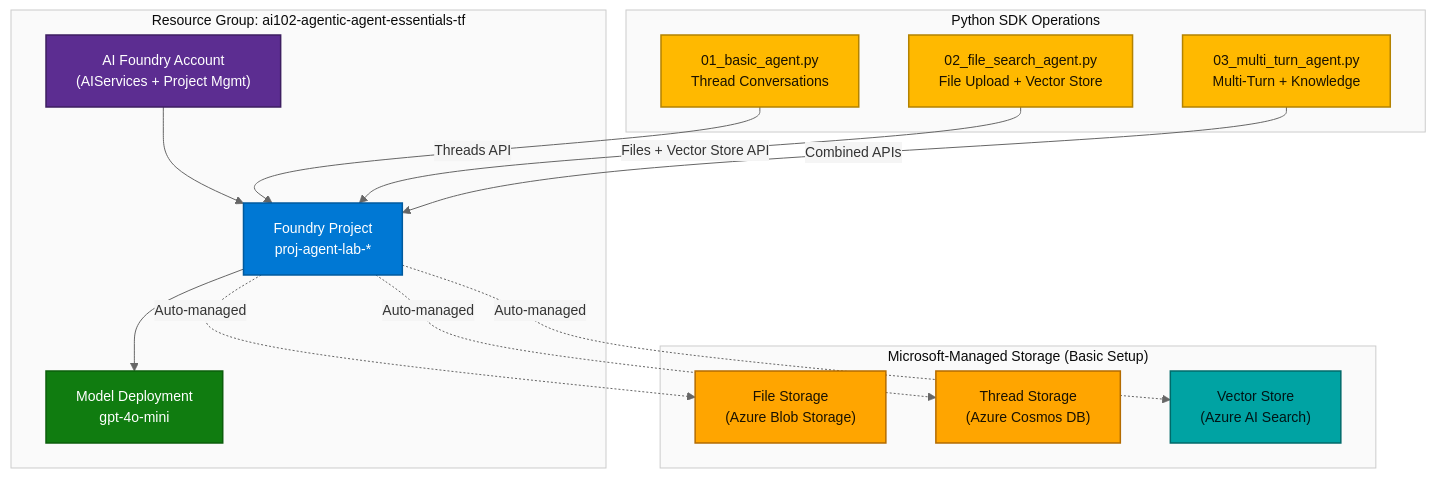
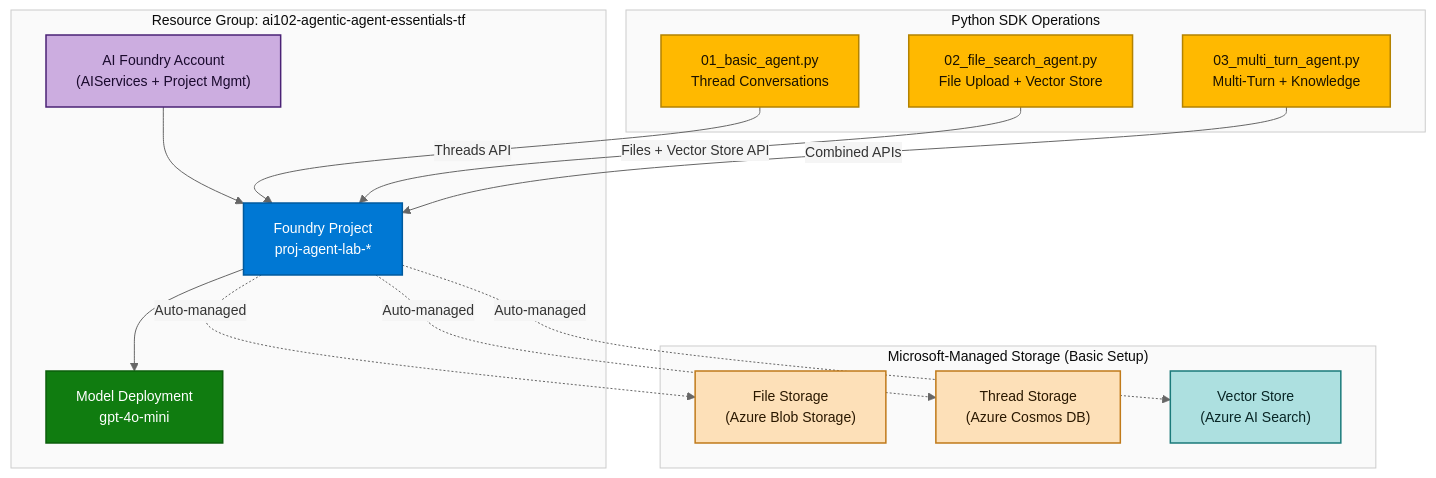
Before and after one commit to Greg-T8/LearningAzure: the diagram in AI-102/hands-on-labs/agentic/lab-agent-essentials/README.md, drawn with Mermaid. The commit also changed other lines of this file and 3 other files, not shown here.

Commit message:
feat: Add images to README for lab-agent-essentials and update diagram styles

````diff
--- a/AI-102/hands-on-labs/agentic/lab-agent-essentials/README.md
+++ b/AI-102/hands-on-labs/agentic/lab-agent-essentials/README.md
@@ -31,51 +31,51 @@
 ```mermaid
 %%{init: {
   "theme": "base",
   "themeVariables": {
     "background": "#F5F5F5",
     "primaryColor": "#E8E8E8",
     "primaryTextColor": "#333333",
     "primaryBorderColor": "#999999",
     "lineColor": "#666666",
     "clusterBkg": "#FAFAFA",
     "clusterBorder": "#CCCCCC",
     "edgeLabelBackground": "#F5F5F5",
     "fontFamily": "Segoe UI, Roboto, Arial, sans-serif",
     "fontSize": "14px"
   }
 }}%%
 graph TB
     subgraph RG["Resource Group: ai102-agentic-agent-essentials-tf"]
         AI["AI Foundry Account<br/>(AIServices + Project Mgmt)"]:::aiCore
         PROJ["Foundry Project<br/>proj-agent-lab-*"]:::project
         MODEL["Model Deployment<br/>gpt-4o-mini"]:::model
     end
 
     subgraph SDK["Python SDK Operations"]
         S1["01_basic_agent.py<br/>Thread Conversations"]:::script
         S2["02_file_search_agent.py<br/>File Upload + Vector Store"]:::script
         S3["03_multi_turn_agent.py<br/>Multi-Turn + Knowledge"]:::script
     end
 
     subgraph MANAGED["Microsoft-Managed Storage (Basic Setup)"]
         FILES["File Storage<br/>(Azure Blob Storage)"]:::storage
         THREADS["Thread Storage<br/>(Azure Cosmos DB)"]:::storage
         VECTOR["Vector Store<br/>(Azure AI Search)"]:::aiSearch
     end
 
     AI --> PROJ
     PROJ --> MODEL
     S1 -->|"Threads API"| PROJ
     S2 -->|"Files + Vector Store API"| PROJ
     S3 -->|"Combined APIs"| PROJ
     PROJ -.->|"Auto-managed"| FILES
     PROJ -.->|"Auto-managed"| THREADS
     PROJ -.->|"Auto-managed"| VECTOR
 
-    classDef aiCore    fill:#5C2D91,stroke:#3D1E60,color:#FFFFFF,stroke-width:1.5px;
+    classDef aiCore    fill:#CCADE0,stroke:#4A2275,color:#1A0A2D,stroke-width:1.5px;
     classDef project   fill:#0078D4,stroke:#005A9E,color:#FFFFFF,stroke-width:1.5px;
     classDef model     fill:#107C10,stroke:#0B5E0B,color:#FFFFFF,stroke-width:1.5px;
     classDef script    fill:#FFB900,stroke:#B38200,color:#1A1200,stroke-width:1.5px;
-    classDef storage   fill:#FFA500,stroke:#B36B00,color:#1A1200,stroke-width:1.5px;
-    classDef aiSearch  fill:#00A3A3,stroke:#006A6A,color:#001516,stroke-width:1.5px;
+    classDef storage   fill:#FDE0B8,stroke:#C07A1A,color:#2A1800,stroke-width:1.5px;
+    classDef aiSearch  fill:#ADE0E0,stroke:#1A7A7A,color:#082525,stroke-width:1.5px;
 ```
````
